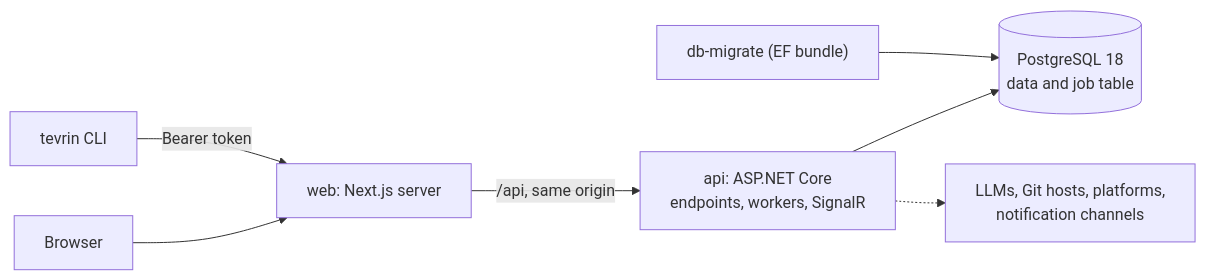
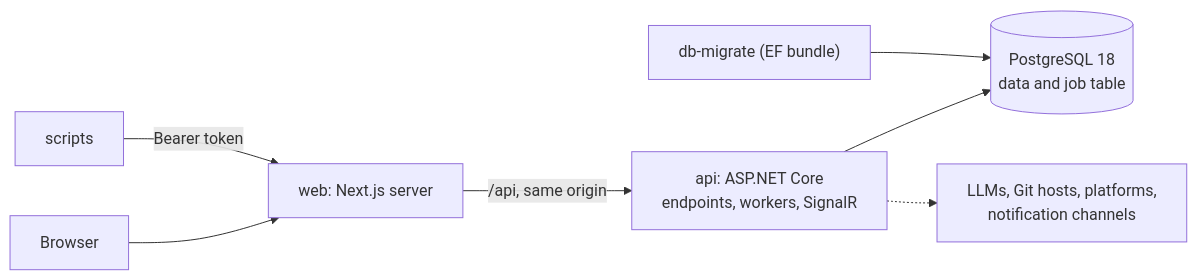
Before and after one commit to BenFielder1/AI-Driven-Engineering-Platform: the diagram in README.md, drawn with Mermaid. The commit also changed other lines of this file and 78 other files, not shown here.

First line of the commit message:
phase 63: retire the tevrin CLI, with a rebuild guide (FR-322, D-0.7.0-45 to D-0.7.0-48)

````diff
--- a/README.md
+++ b/README.md
@@ -39,9 +39,9 @@
 ```mermaid
 flowchart LR
   Browser --> Web["web: Next.js server"]
-  CLI["tevrin CLI"] -->|"Bearer token"| Web
+  Script["scripts"] -->|"Bearer token"| Web
   Web -->|"/api, same origin"| Api["api: ASP.NET Core<br/>endpoints, workers, SignalR"]
   Api --> Db[("PostgreSQL 18<br/>data and job table")]
   Api -.-> Ext["LLMs, Git hosts, platforms,<br/>notification channels"]
   Mig["db-migrate (EF bundle)"] --> Db
 ```
````
